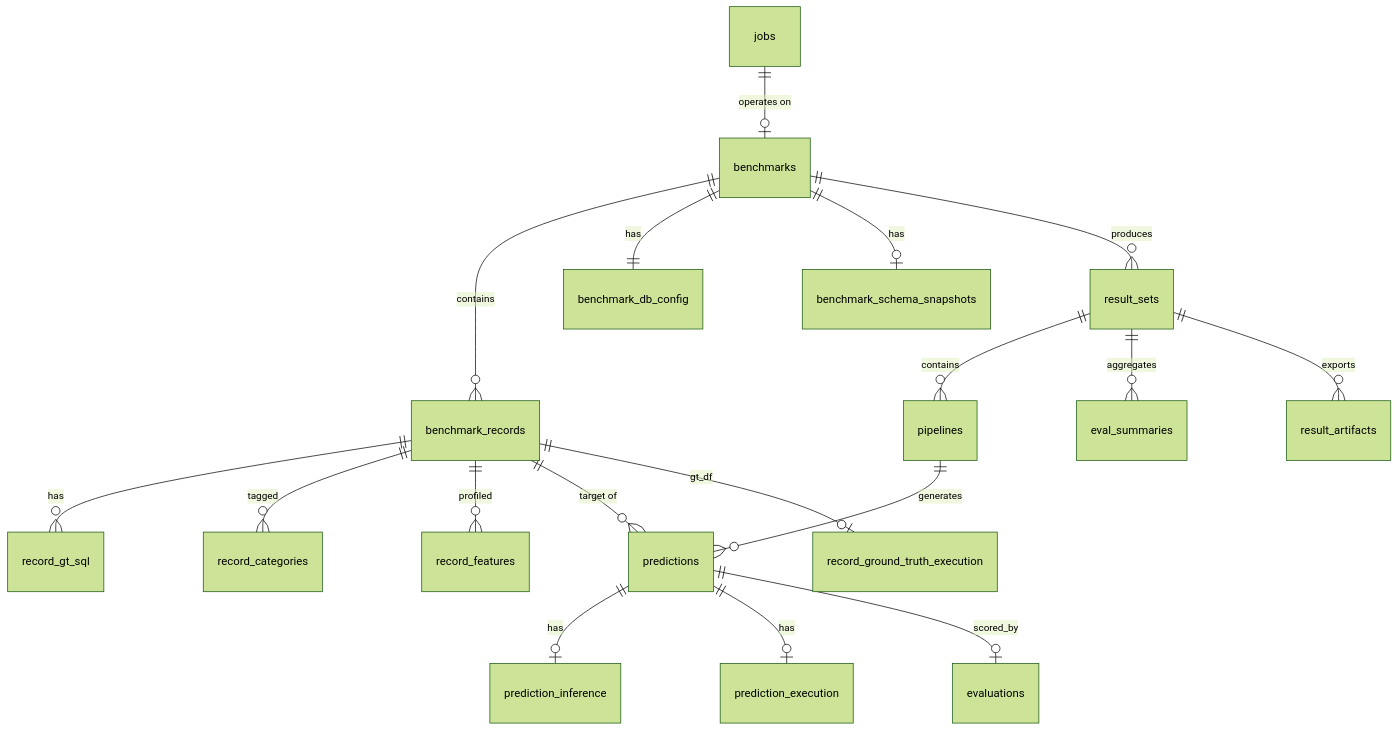
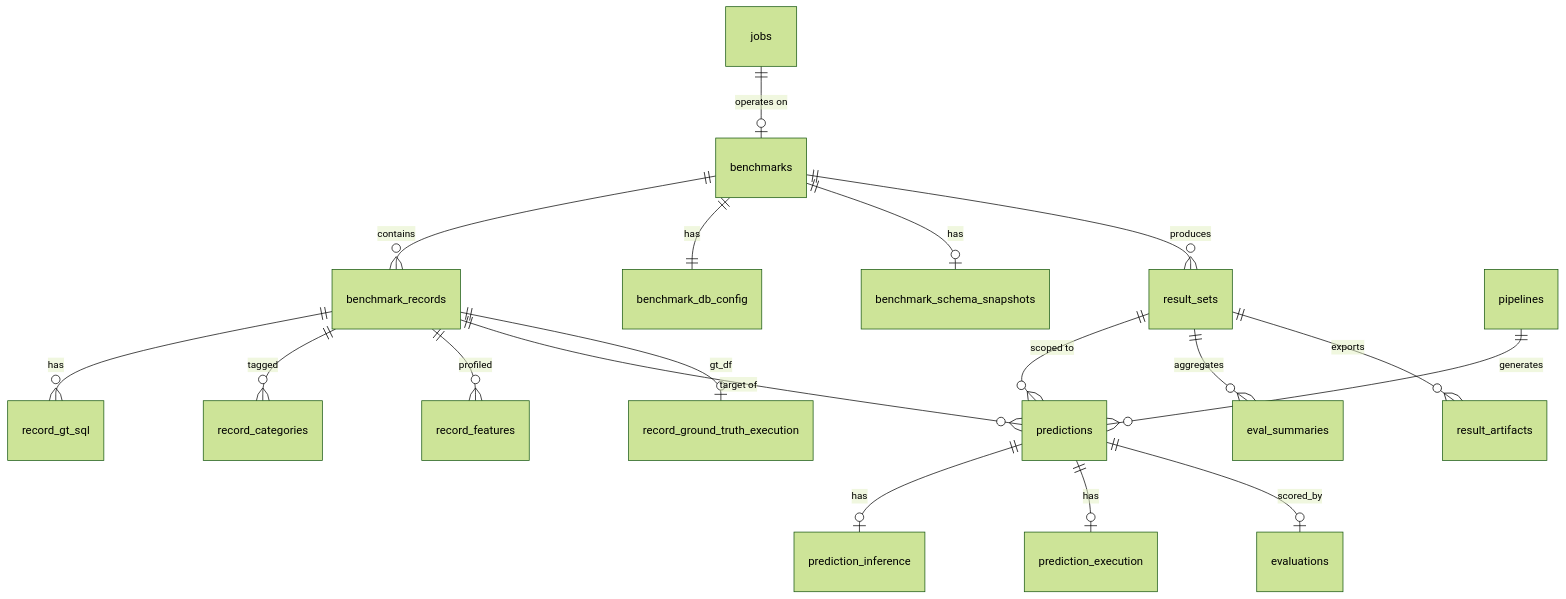
Before and after one commit to IBM/text2sql-eval-toolkit: the diagram in data/database-schema/diagrams/entity-relationship.md, drawn with Mermaid (forest theme). The commit also changed 12 other files, not shown here.

Commit message:
feat: update schema and add fiben

````diff
--- a/data/database-schema/diagrams/entity-relationship.md
+++ b/data/database-schema/diagrams/entity-relationship.md
@@ -1,25 +1,25 @@
 ```mermaid
 
 erDiagram
     benchmarks ||--o{ benchmark_records : contains
     benchmarks ||--|| benchmark_db_config : has
     benchmarks ||--o| benchmark_schema_snapshots : has
     benchmark_records ||--o{ record_gt_sql : has
     benchmark_records ||--o{ record_categories : tagged
     benchmark_records ||--o{ record_features : profiled
 
     benchmarks ||--o{ result_sets : produces
-    result_sets ||--o{ pipelines : contains
     pipelines ||--o{ predictions : generates
+    result_sets ||--o{ predictions : "scoped to"
     benchmark_records ||--o{ predictions : "target of"
 
     predictions ||--o| prediction_inference : has
     predictions ||--o| prediction_execution : has
     predictions ||--o| evaluations : scored_by
     benchmark_records ||--o| record_ground_truth_execution : gt_df
 
     result_sets ||--o{ eval_summaries : aggregates
     result_sets ||--o{ result_artifacts : exports
 
     jobs ||--o| benchmarks : "operates on"
 ```
````
